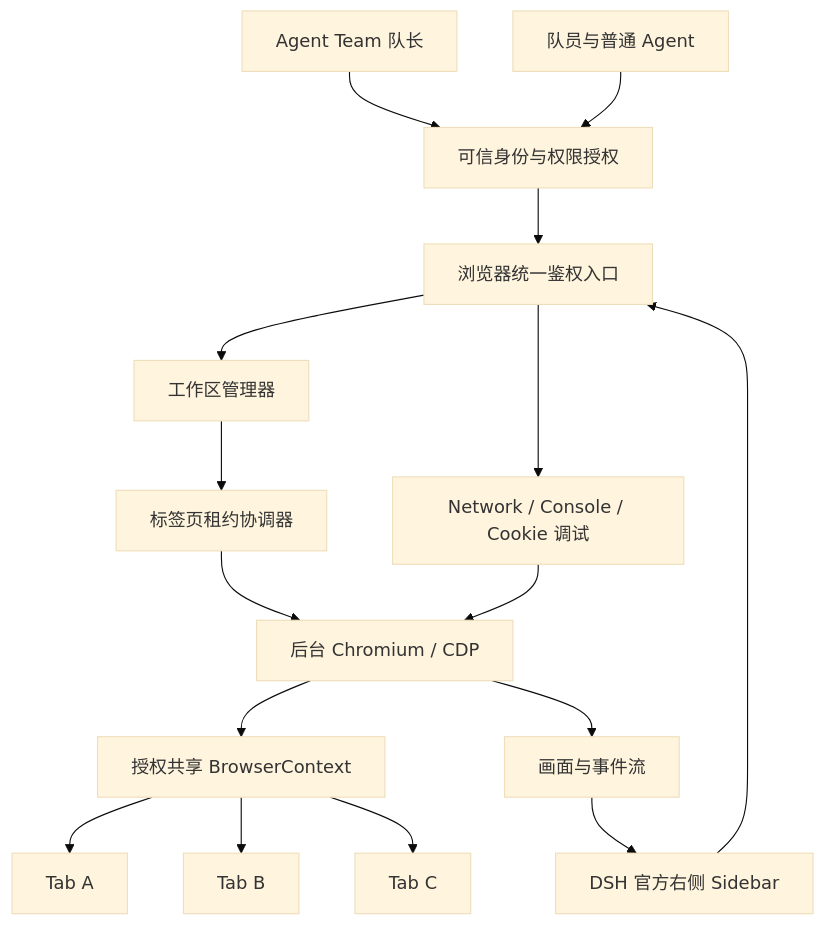
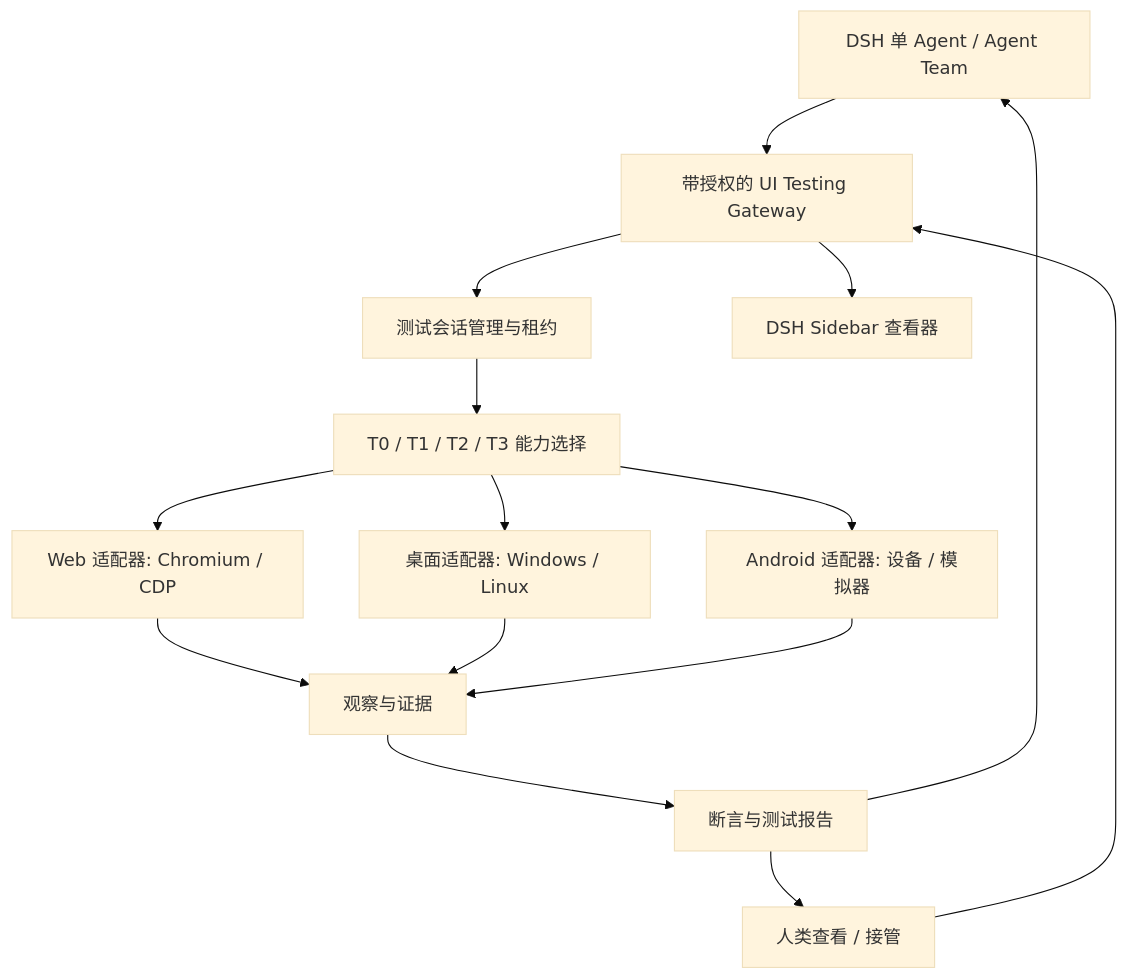
The diagram in README_zh.md (bloodarea/dsh-agent-team-ui-testing), drawn with Mermaid (base theme) before and after one commit. The commit also changed other lines of this file and 2 other files, not shown here.

Commit message:
docs: rename project to UI testing

````diff
--- a/README_zh.md
+++ b/README_zh.md
@@ -128,18 +115,17 @@
 ```mermaid
 flowchart TD
-  Lead[Agent Team 队长] --> Identity[可信身份与权限授权]
-  Mate[队员与普通 Agent] --> Identity
-  Viewer[DSH 官方右侧 Sidebar] --> Gateway[浏览器统一鉴权入口]
-  Identity --> Gateway
-  Gateway --> Workspace[工作区管理器]
-  Workspace --> Lease[标签页租约协调器]
-  Lease --> Runtime[后台 Chromium / CDP]
-  Runtime --> Context[授权共享 BrowserContext]
-  Context --> A[Tab A]
-  Context --> B[Tab B]
-  Context --> C[Tab C]
-  Runtime --> Stream[画面与事件流]
-  Stream --> Viewer
-  Gateway --> Debug[Network / Console / Cookie 调试]
-  Debug --> Runtime
+    A[DSH 单 Agent / Agent Team] --> G[带授权的 UI Testing Gateway]
+    H[人类查看 / 接管] --> G
+    G --> M[测试会话管理与租约]
+    G --> V[DSH Sidebar 查看器]
+    M --> P[T0 / T1 / T2 / T3 能力选择]
+    P --> B[Web 适配器: Chromium / CDP]
+    P --> D[桌面适配器: Windows / Linux]
+    P --> R[Android 适配器: 设备 / 模拟器]
+    B --> E[观察与证据]
+    D --> E
+    R --> E
+    E --> X[断言与测试报告]
+    X --> A
+    X --> H
 ```
````
